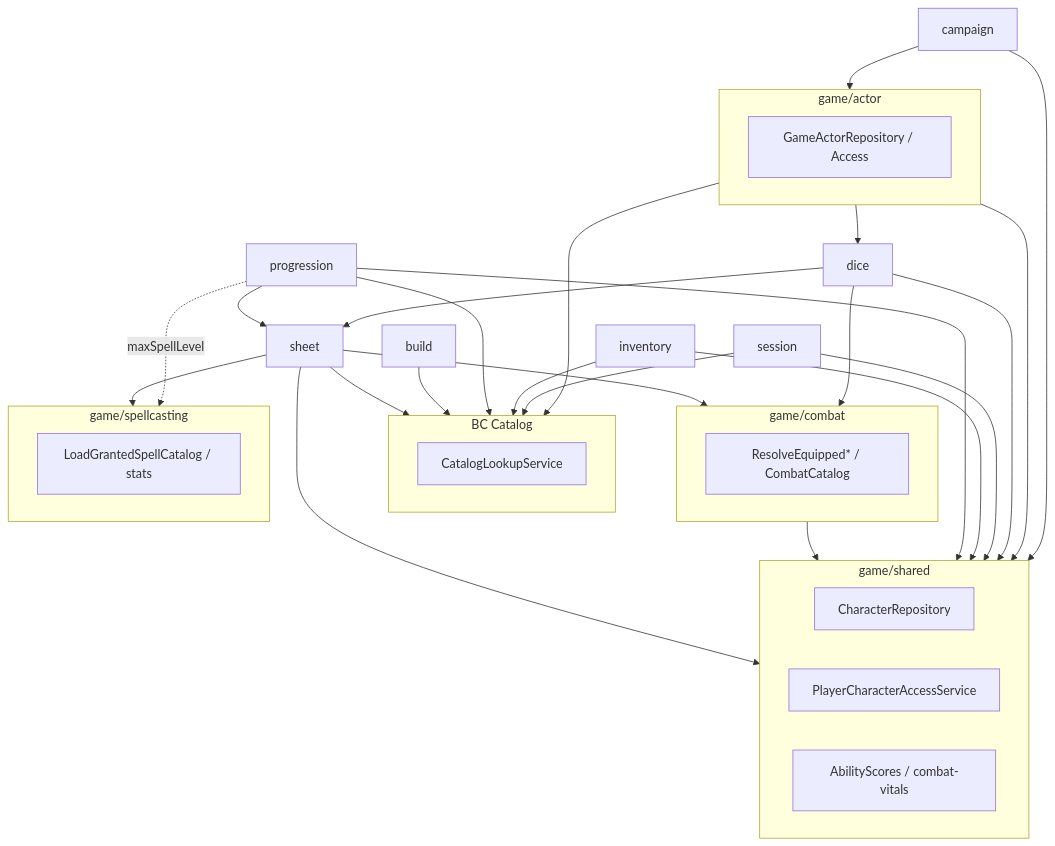
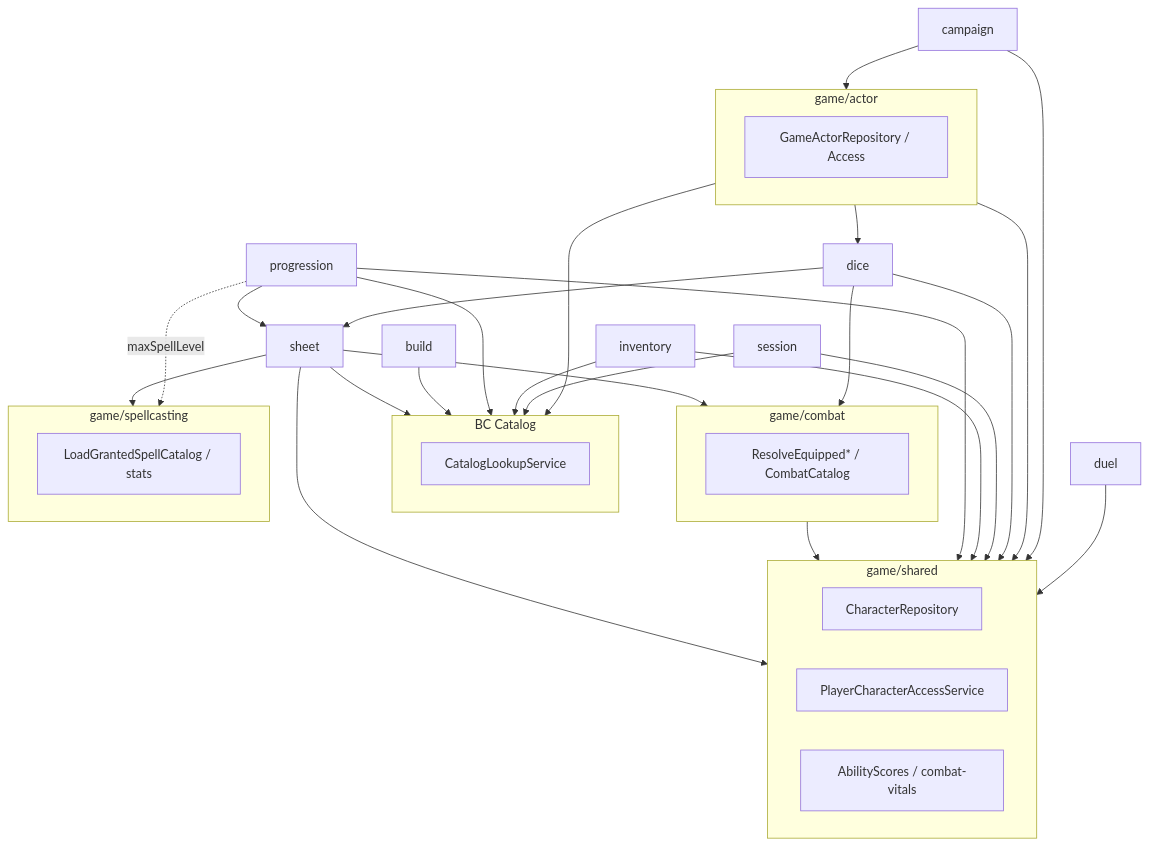
Before and after one commit to Lucas-PB1/dnd-back: the diagram in docs/architecture/game-module-structure.md, drawn with Mermaid. The commit also changed other lines of this file and 35 other files, not shown here.

````diff
--- a/docs/architecture/game-module-structure.md
+++ b/docs/architecture/game-module-structure.md
@@ -95,47 +96,48 @@
 ```mermaid
 flowchart TB
   subgraph shared [game/shared]
     R[CharacterRepository]
     A[PlayerCharacterAccessService]
     AS[AbilityScores / combat-vitals]
   end
 
   subgraph actor [game/actor]
     GA[GameActorRepository / Access]
   end
 
   subgraph catalog [BC Catalog]
     L[CatalogLookupService]
   end
 
   subgraph combat [game/combat]
     C[ResolveEquipped* / CombatCatalog]
   end
 
   subgraph spell [game/spellcasting]
     S[LoadGrantedSpellCatalog / stats]
   end
 
   sheet --> shared
   sheet --> catalog
   sheet --> combat
   sheet --> spell
   combat --> shared
   build --> catalog
   progression --> shared
   progression --> catalog
   progression --> sheet
   progression -.->|maxSpellLevel| spell
   inventory --> shared
   inventory --> catalog
   session --> shared
   session --> catalog
   dice --> shared
   dice --> combat
   dice --> sheet
   actor --> shared
   actor --> catalog
   actor --> dice
   campaign --> shared
   campaign --> actor
+  duel --> shared
 ```
````
